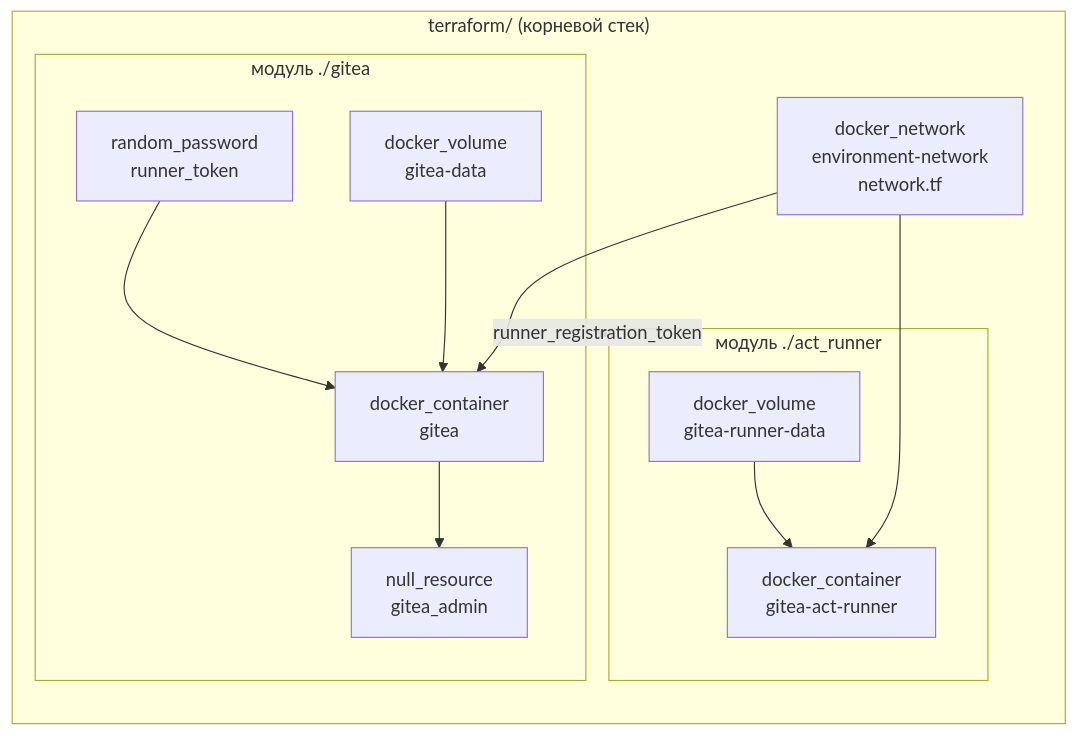
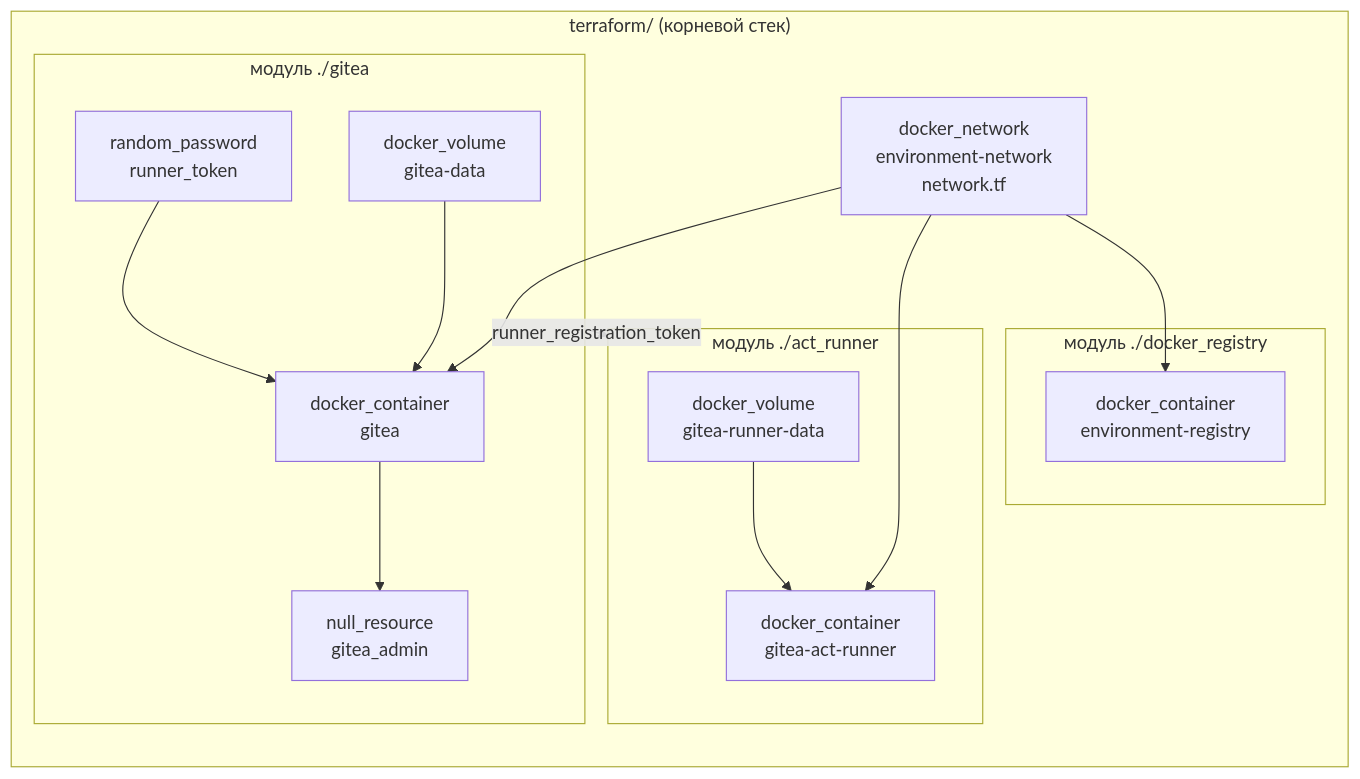
Before and after one commit to KRTone/environment: the second of 4 diagrams in documentation/EnvironmentObsidian/Схема проекта.md, drawn with Mermaid. The commit also changed other lines of this file and 24 other files, not shown here.

````diff
--- a/documentation/EnvironmentObsidian/Схема проекта.md
+++ b/documentation/EnvironmentObsidian/Схема проекта.md
@@ -53,23 +53,27 @@
 ```mermaid
 flowchart LR
     subgraph Root["terraform/ (корневой стек)"]
         N[docker_network<br/>environment-network<br/>network.tf]
         subgraph ModGitea["модуль ./gitea"]
             R1[random_password<br/>runner_token]
             VG[docker_volume<br/>gitea-data]
             C1[docker_container<br/>gitea]
             A[null_resource<br/>gitea_admin]
             R1 --> C1
             VG --> C1
             C1 --> A
         end
         subgraph ModRunner["модуль ./act_runner"]
             VR[docker_volume<br/>gitea-runner-data]
             C2[docker_container<br/>gitea-act-runner]
             VR --> C2
         end
+        subgraph ModRegistry["модуль ./docker_registry"]
+            C3[docker_container<br/>environment-registry]
+        end
         N --> C1
         N --> C2
+        N --> C3
         ModGitea -->|"runner_registration_token"| ModRunner
     end
 ```
````
